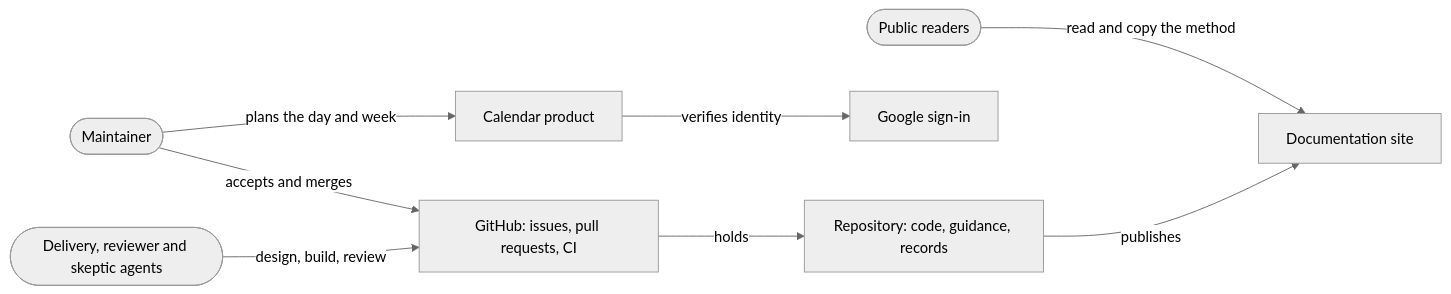
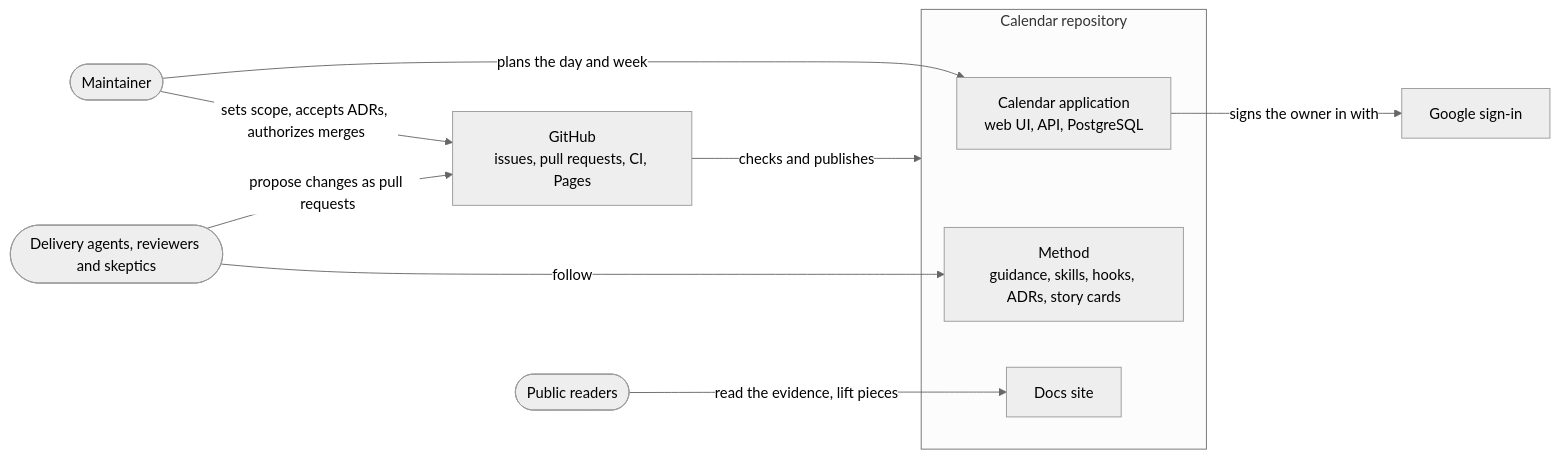
Before and after one commit to mgasca/calendar: the diagram in docs/narratives/calendar/context.mmd, drawn with Mermaid (neutral theme). The commit also changed 11 other files, not shown here.

```diff
--- a/docs/narratives/calendar/context.mmd
+++ b/docs/narratives/calendar/context.mmd
@@ -1,16 +1,18 @@
 flowchart LR
-  maintainer(["Maintainer"])
-  agents(["Delivery, reviewer and skeptic agents"])
-  readers(["Public readers"])
-  calendar["Calendar product"]
-  repo["Repository: code, guidance, records"]
-  google["Google sign-in"]
-  github["GitHub: issues, pull requests, CI"]
-  docs["Documentation site"]
-  maintainer -->|plans the day and week| calendar
-  calendar -->|verifies identity| google
-  maintainer -->|accepts and merges| github
-  agents -->|design, build, review| github
-  github -->|holds| repo
-  repo -->|publishes| docs
-  readers -->|read and copy the method| docs
+    maintainer([Maintainer])
+    agents([Delivery agents, reviewers and skeptics])
+    readers([Public readers])
+    subgraph repo[Calendar repository]
+        app[Calendar application<br/>web UI, API, PostgreSQL]
+        method[Method<br/>guidance, skills, hooks, ADRs, story cards]
+        site[Docs site]
+    end
+    google[Google sign-in]
+    github[GitHub<br/>issues, pull requests, CI, Pages]
+    maintainer -->|plans the day and week| app
+    maintainer -->|sets scope, accepts ADRs, authorizes merges| github
+    agents -->|follow| method
+    agents -->|propose changes as pull requests| github
+    app -->|signs the owner in with| google
+    github -->|checks and publishes| repo
+    readers -->|read the evidence, lift pieces| site
```
